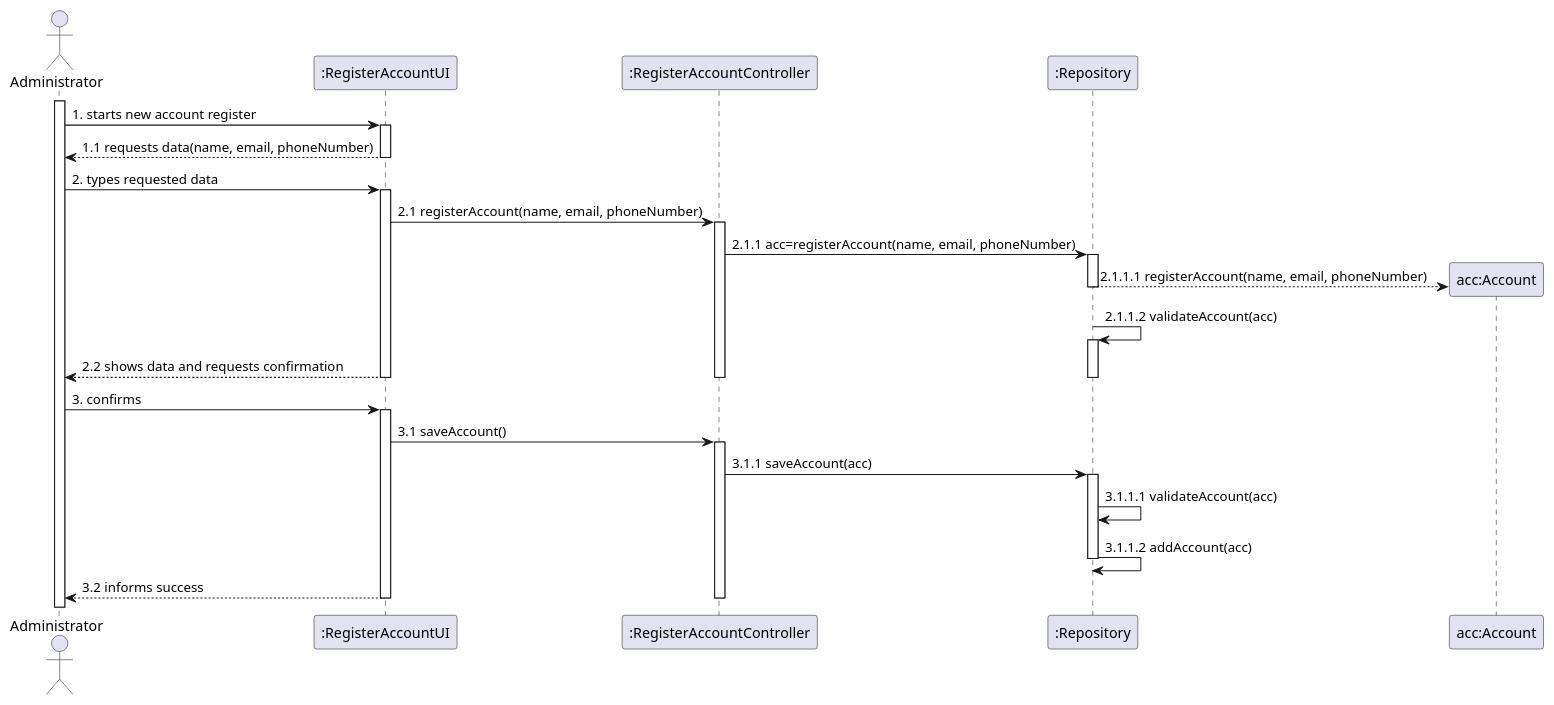
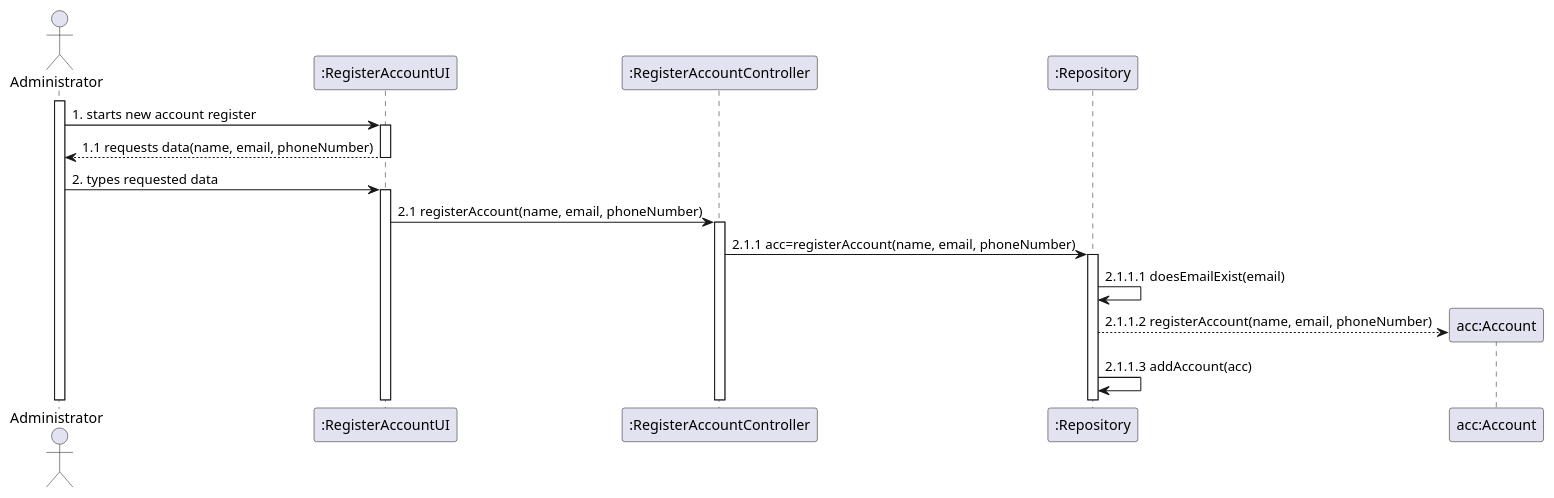
One commit to Loracline/project_switch_22-23 changed the diagram in docs/modelling_design/user_stories/us002/US002_Sequence_Diagram.puml. Above: the diagram before and after it, drawn with PlantUML. The commit also changed 4 other files, not shown here.

Commit message:
US 002,003, 005 , 006 Design: update class Diagram / update SD, replace Validate Account and IsUserValid for DoesEmailExist

```diff
--- a/docs/modelling_design/user_stories/us002/US002_Sequence_Diagram.puml
+++ b/docs/modelling_design/user_stories/us002/US002_Sequence_Diagram.puml
@@ -1,41 +1,25 @@
 @startuml
 actor Administrator
 participant ":RegisterAccountUI" as ui
 participant ":RegisterAccountController" as controller
 participant ":Repository" as repository
 participant "acc:Account" as account
 
 activate Administrator
 Administrator -> ui: 1. starts new account register
 activate ui
 ui --> Administrator: 1.1 requests data(name, email, phoneNumber)
 deactivate ui
 Administrator -> ui: 2. types requested data
 activate ui
 ui -> controller: 2.1 registerAccount(name, email, phoneNumber)
 activate controller
 controller -> repository: 2.1.1 acc=registerAccount(name, email, phoneNumber)
 activate repository
+repository -> repository: 2.1.1.1 doesEmailExist(email)
 create account
-repository --> account: 2.1.1.1 registerAccount(name, email, phoneNumber)
-deactivate repository
-repository -> repository: 2.1.1.2 validateAccount(acc)
-activate repository
-ui --> Administrator: 2.2 shows data and requests confirmation
-deactivate controller
-deactivate repository
-deactivate ui
-Administrator -> ui: 3. confirms
-activate ui
-ui -> controller: 3.1 saveAccount()
-activate controller
-controller -> repository: 3.1.1 saveAccount(acc)
-activate repository
-repository -> repository: 3.1.1.1 validateAccount(acc)
-repository -> repository: 3.1.1.2 addAccount(acc)
-deactivate repository
-ui --> Administrator: 3.2 informs success
 
-deactivate controller
-deactivate ui
+repository --> account: 2.1.1.2 registerAccount(name, email, phoneNumber)
+repository -> repository: 2.1.1.3 addAccount(acc)
+
 @enduml
```
